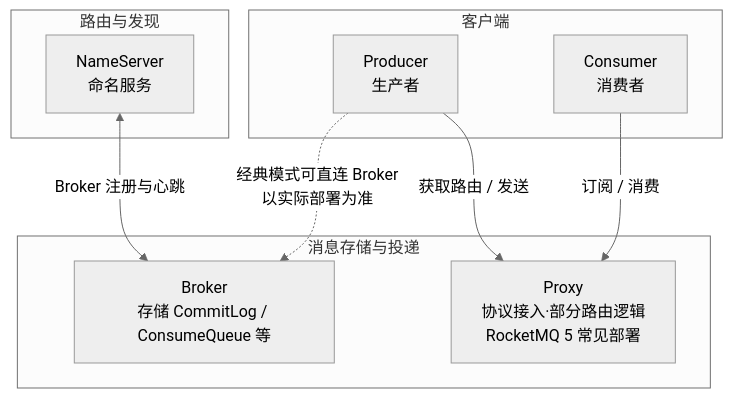
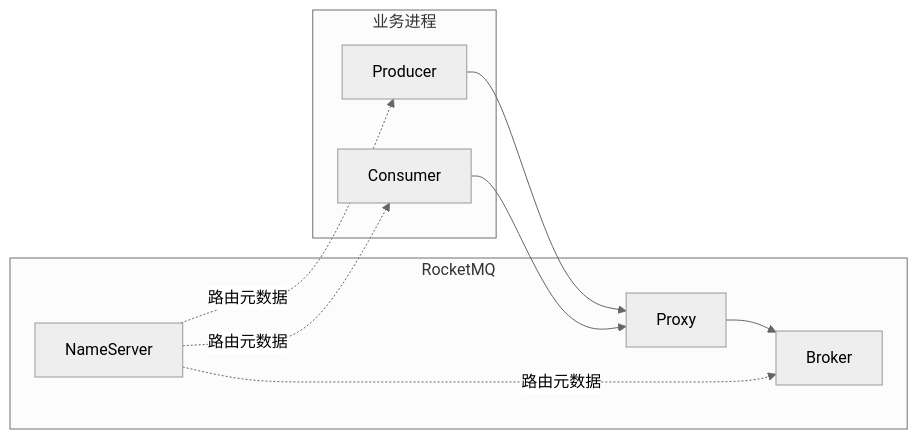
One commit to searchforsun/study-skill changed the first of 2 diagrams in learning/RocketMQ 消息队列/01-架构入门与本地运行/THEORY.md. Above: the diagram before and after it, drawn with Mermaid (neutral theme). The commit also changed other lines of this file and 58 other files, not shown here.

````diff
--- a/learning/RocketMQ 消息队列/01-架构入门与本地运行/THEORY.md
+++ b/learning/RocketMQ 消息队列/01-架构入门与本地运行/THEORY.md
@@ -39,18 +55,18 @@
 ```mermaid
-flowchart TB
-  subgraph clients[客户端]
-    P[Producer\n生产者]
-    C[Consumer\n消费者]
+flowchart LR
+  subgraph 业务进程
+    P[Producer]
+    C[Consumer]
   end
-  subgraph routing[路由与发现]
-    NS[NameServer\n命名服务]
+  subgraph RocketMQ
+    NS[NameServer]
+    BR[Broker]
+    PX[Proxy]
   end
-  subgraph broker_side[消息存储与投递]
-    BR[Broker\n存储 CommitLog / ConsumeQueue 等]
-    PX[Proxy\n协议接入·部分路由逻辑\nRocketMQ 5 常见部署]
-  end
-  P -->|获取路由 / 发送| PX
-  P -.->|经典模式可直连 Broker\n以实际部署为准| BR
-  C -->|订阅 / 消费| PX
-  NS <-->|Broker 注册与心跳| BR
+  P --> PX
+  PX --> BR
+  C --> PX
+  NS -.路由元数据.-> P
+  NS -.路由元数据.-> C
+  NS -.路由元数据.-> BR
 ```
````
